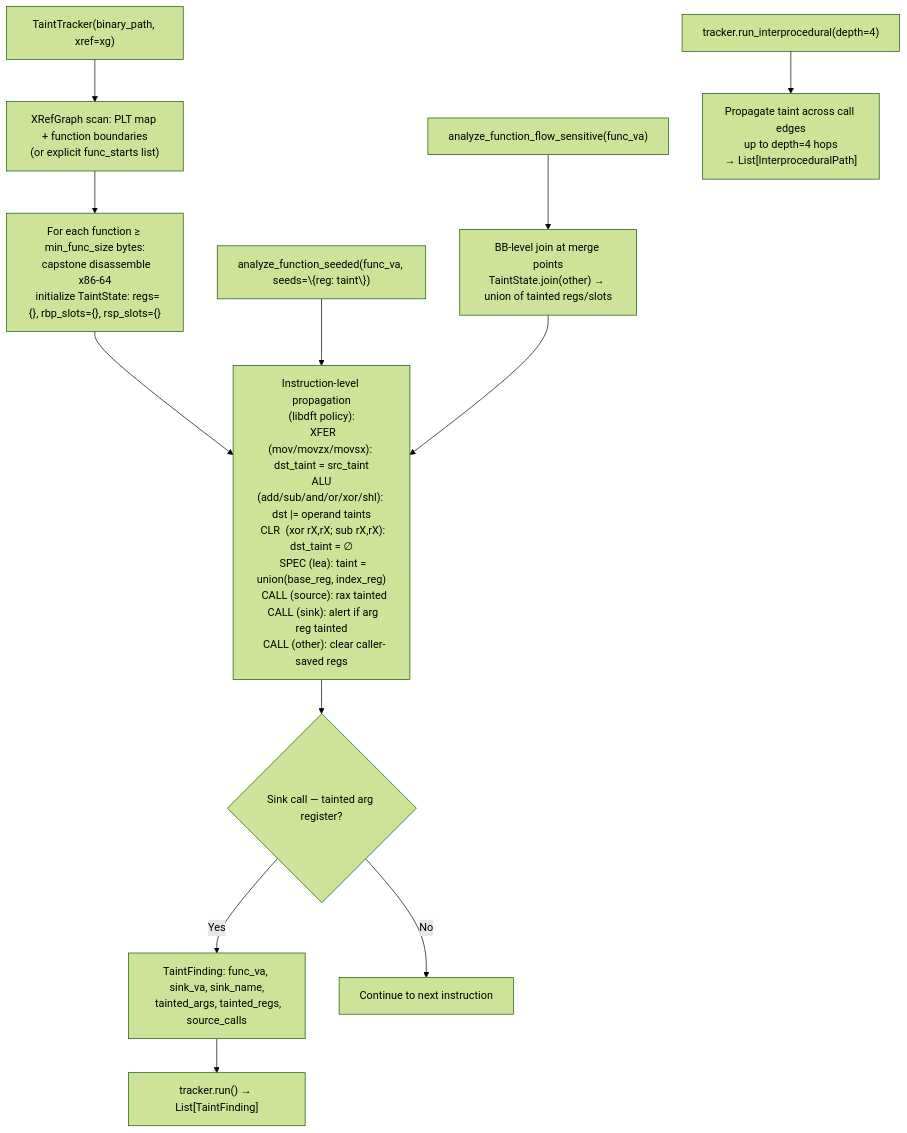
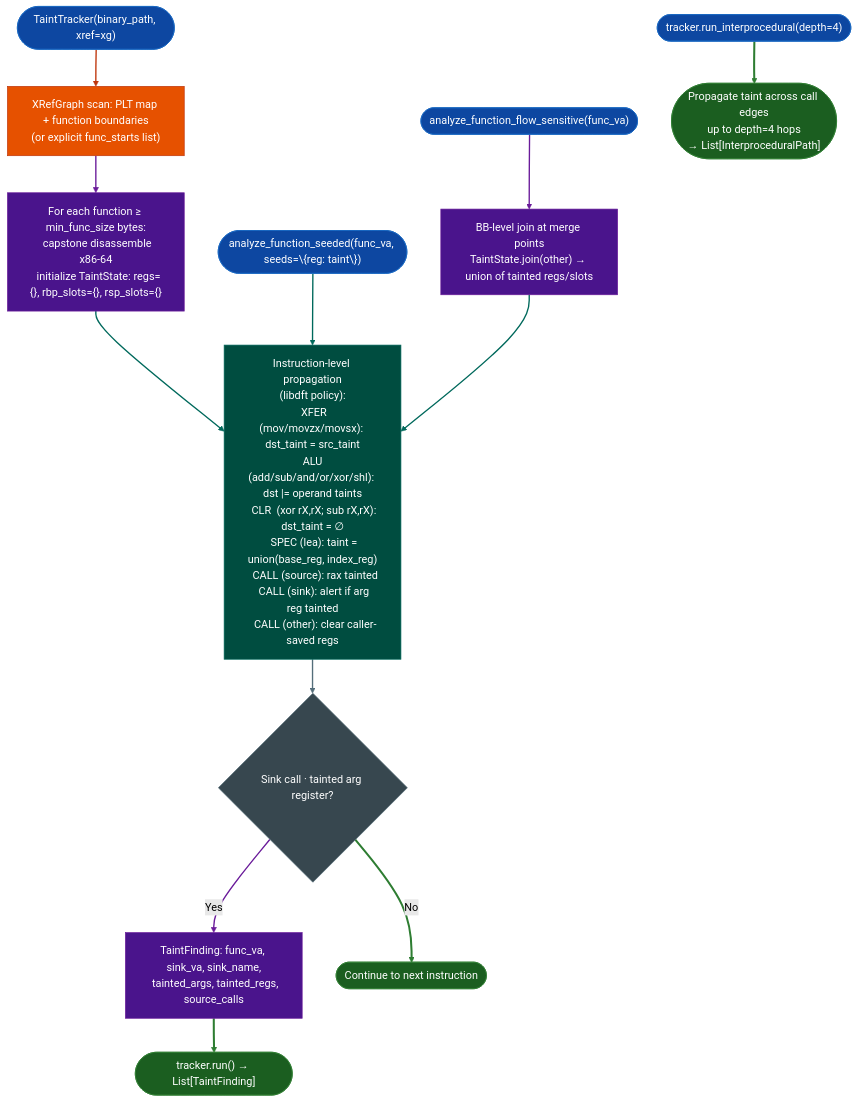
Before and after one commit to Ablation-Tool/ablation: the diagram in docs/reference-modules/x86.md, drawn with Mermaid (forest theme). The commit also changed 320 other files, not shown here.

First line of the commit message:
docs: apply canonical Mermaid template to all 321 diagrams

````diff
--- a/docs/reference-modules/x86.md
+++ b/docs/reference-modules/x86.md
@@ -19,15 +19,32 @@
 ```mermaid
 flowchart TD
-    A["TaintTracker(binary_path, xref=xg)"] --> B["XRefGraph scan: PLT map + function boundaries\n(or explicit func_starts list)"]
-    B --> C["For each function ≥ min_func_size bytes:\n  capstone disassemble x86-64\n  initialize TaintState: regs={}, rbp_slots={}, rsp_slots={}"]
-    C --> D["Instruction-level propagation\n(libdft policy):\n  XFER (mov/movzx/movsx): dst_taint = src_taint\n  ALU  (add/sub/and/or/xor/shl): dst |= operand taints\n  CLR  (xor rX,rX; sub rX,rX): dst_taint = ∅\n  SPEC (lea): taint = union(base_reg, index_reg)\n  CALL (source): rax tainted\n  CALL (sink): alert if arg reg tainted\n  CALL (other): clear caller-saved regs"]
-    D --> E{"Sink call — tainted arg register?"}
-    E -->|Yes| F["TaintFinding: func_va, sink_va, sink_name,\n  tainted_args, tainted_regs, source_calls"]
-    E -->|No| G["Continue to next instruction"]
-    F --> H["tracker.run() → List[TaintFinding]"]
+    A(["TaintTracker(binary_path, xref=xg)"]):::input --> B["XRefGraph scan: PLT map + function boundaries\n(or explicit func_starts list)"]:::primary
+    B:::primary --> C["For each function ≥ min_func_size bytes:\n  capstone disassemble x86-64\n  initialize TaintState: regs={}, rbp_slots={}, rsp_slots={}"]:::tertiary
+    C:::tertiary --> D["Instruction-level propagation\n(libdft policy):\n  XFER (mov/movzx/movsx): dst_taint = src_taint\n  ALU  (add/sub/and/or/xor/shl): dst |= operand taints\n  CLR  (xor rX,rX; sub rX,rX): dst_taint = ∅\n  SPEC (lea): taint = union(base_reg, index_reg)\n  CALL (source): rax tainted\n  CALL (sink): alert if arg reg tainted\n  CALL (other): clear caller-saved regs"]:::secondary
+    D:::secondary --> E{"Sink call · tainted arg register?"}:::neutral
+    E:::neutral -->|Yes| F["TaintFinding: func_va, sink_va, sink_name,\n  tainted_args, tainted_regs, source_calls"]:::tertiary
+    E:::neutral -->|No| G(["Continue to next instruction"]):::output
+    F:::tertiary --> H(["tracker.run() → List[TaintFinding]"]):::output
     
-    I["analyze_function_seeded(func_va, seeds=\{reg: taint\})"] --> D
-    J["analyze_function_flow_sensitive(func_va)"] --> K["BB-level join at merge points\nTaintState.join(other) → union of tainted regs/slots"]
-    K --> D
-    L["tracker.run_interprocedural(depth=4)"] --> M["Propagate taint across call edges\nup to depth=4 hops\n→ List[InterproceduralPath]"]
+    I(["analyze_function_seeded(func_va, seeds=\{reg: taint\})"]):::input --> D:::secondary
+    J(["analyze_function_flow_sensitive(func_va)"]):::input --> K["BB-level join at merge points\nTaintState.join(other) → union of tainted regs/slots"]:::tertiary
+    K:::tertiary --> D:::secondary
+    L(["tracker.run_interprocedural(depth=4)"]):::input --> M(["Propagate taint across call edges\nup to depth=4 hops\n→ List[InterproceduralPath]"]):::output
+    classDef input     fill:#0d47a1,stroke:#1565c0,color:#fff
+    classDef primary   fill:#e65100,stroke:#bf360c,color:#fff
+    classDef secondary fill:#004d40,stroke:#00695c,color:#fff
+    classDef tertiary  fill:#4a148c,stroke:#6a1b9a,color:#fff
+    classDef neutral   fill:#37474f,stroke:#546e7a,color:#fff
+    classDef output    fill:#1b5e20,stroke:#2e7d32,color:#fff
+    linkStyle 0 stroke:#bf360c,stroke-width:2px
+    linkStyle 1 stroke:#6a1b9a,stroke-width:2px
+    linkStyle 2 stroke:#00695c,stroke-width:2px
+    linkStyle 3 stroke:#546e7a,stroke-width:2px
+    linkStyle 4 stroke:#6a1b9a,stroke-width:2px
+    linkStyle 5 stroke:#2e7d32,stroke-width:3px
+    linkStyle 6 stroke:#2e7d32,stroke-width:3px
+    linkStyle 7 stroke:#00695c,stroke-width:2px
+    linkStyle 8 stroke:#6a1b9a,stroke-width:2px
+    linkStyle 9 stroke:#00695c,stroke-width:2px
+    linkStyle 10 stroke:#2e7d32,stroke-width:3px
 ```
````
